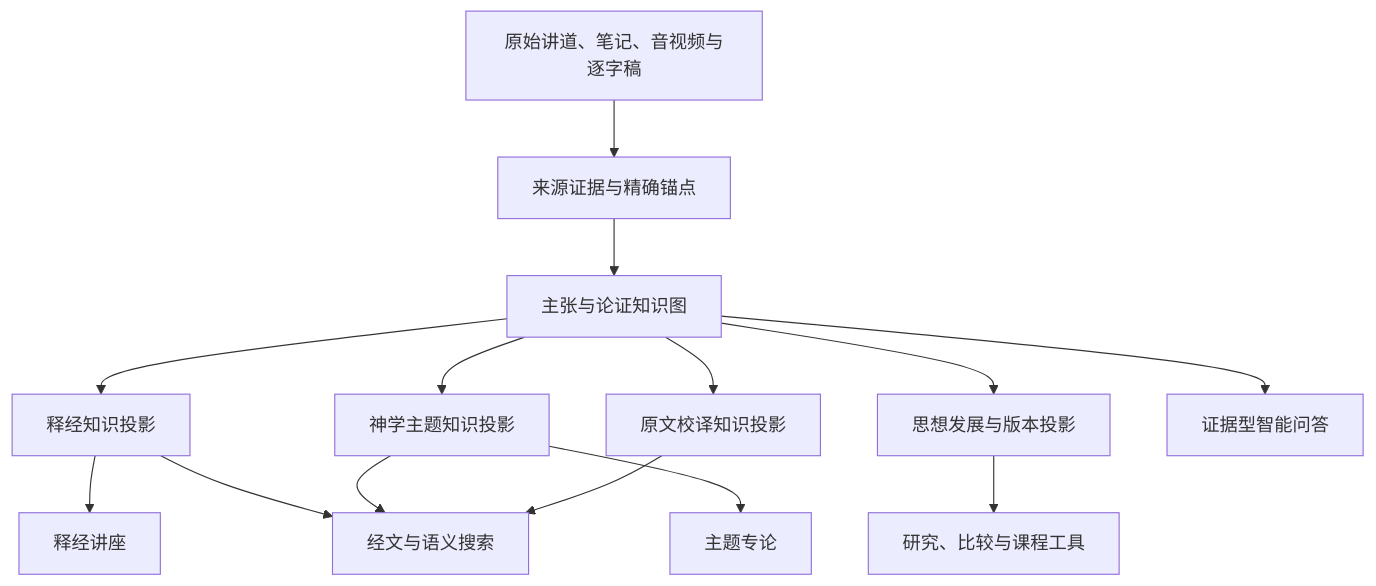
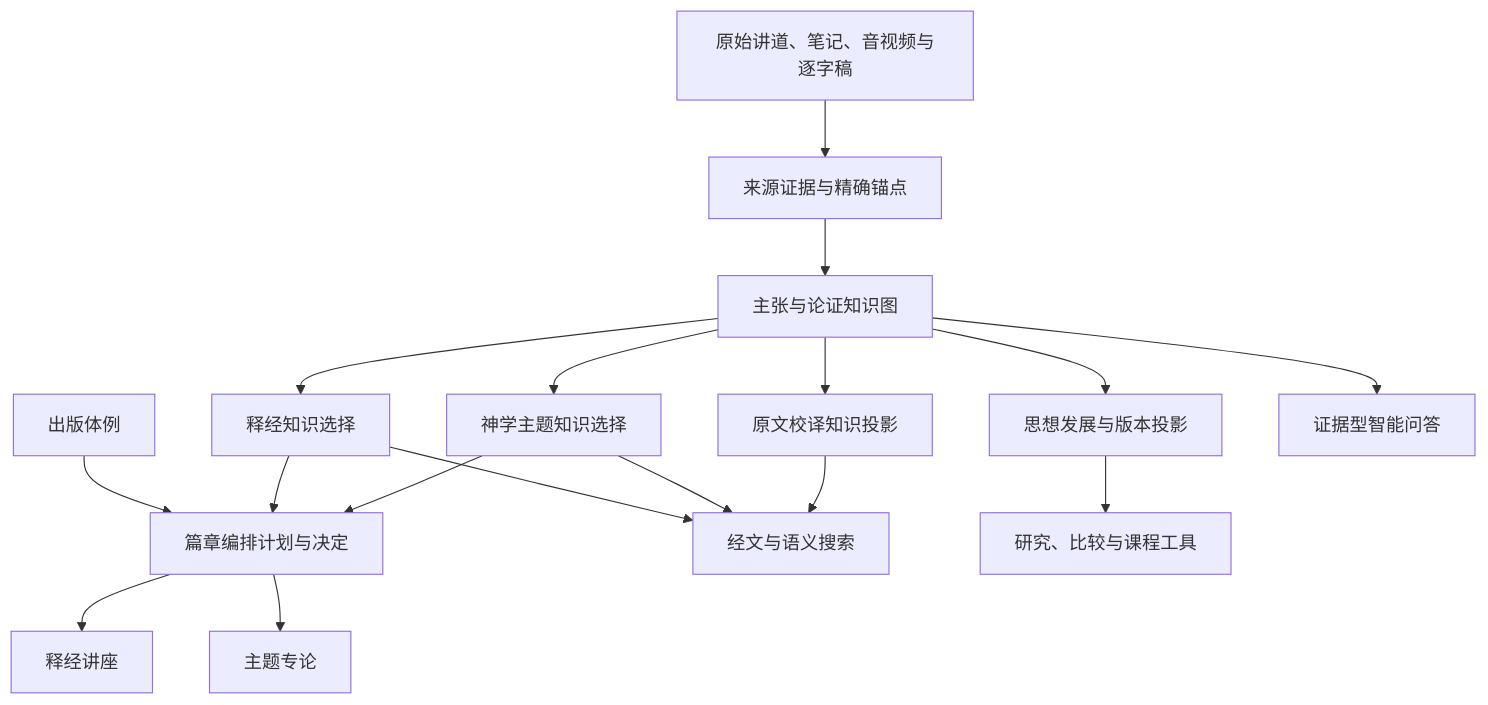
Before and after one commit to junyang168/smart-answer: the sixth of 9 diagrams in docs/wang-knowledge-platform/knowledge_platform_design.md, drawn with Mermaid. The commit also changed other lines of this file and 100 other files, not shown here.

````diff
--- a/docs/wang-knowledge-platform/knowledge_platform_design.md
+++ b/docs/wang-knowledge-platform/knowledge_platform_design.md
@@ -70,18 +167,21 @@
 ```mermaid
 flowchart TD
     S["原始讲道、笔记、音视频与逐字稿"] --> E["来源证据与精确锚点"]
     E --> G["主张与论证知识图"]
 
-    G --> X["释经知识投影"]
-    G --> T["神学主题知识投影"]
+    G --> X["释经知识选择"]
+    G --> T["神学主题知识选择"]
     G --> O["原文校译知识投影"]
     G --> V["思想发展与版本投影"]
 
-    X --> XM["释经讲座"]
-    T --> TM["主题专论"]
+    PP["出版体例"] --> CP["篇章编排计划与决定"]
+    X --> CP
+    T --> CP
+    CP --> XM["释经讲座"]
+    CP --> TM["主题专论"]
     G --> QA["证据型智能问答"]
     X --> SR["经文与语义搜索"]
     T --> SR
     O --> SR
     V --> RS["研究、比较与课程工具"]
 ```
````
